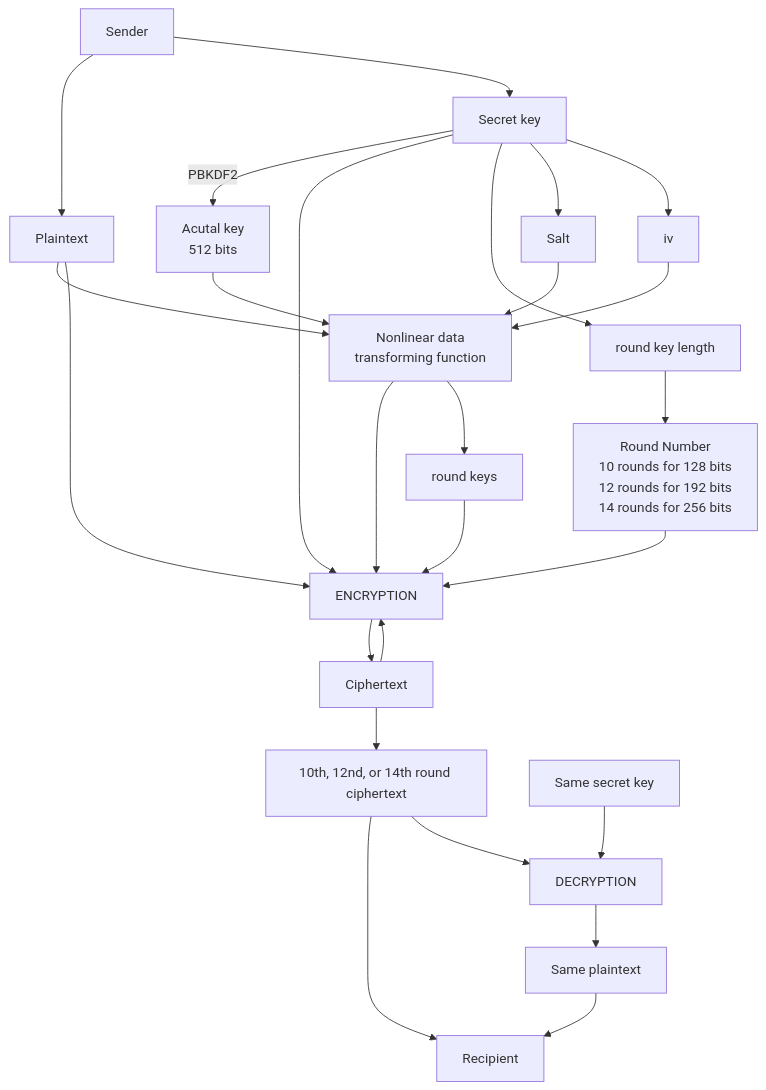
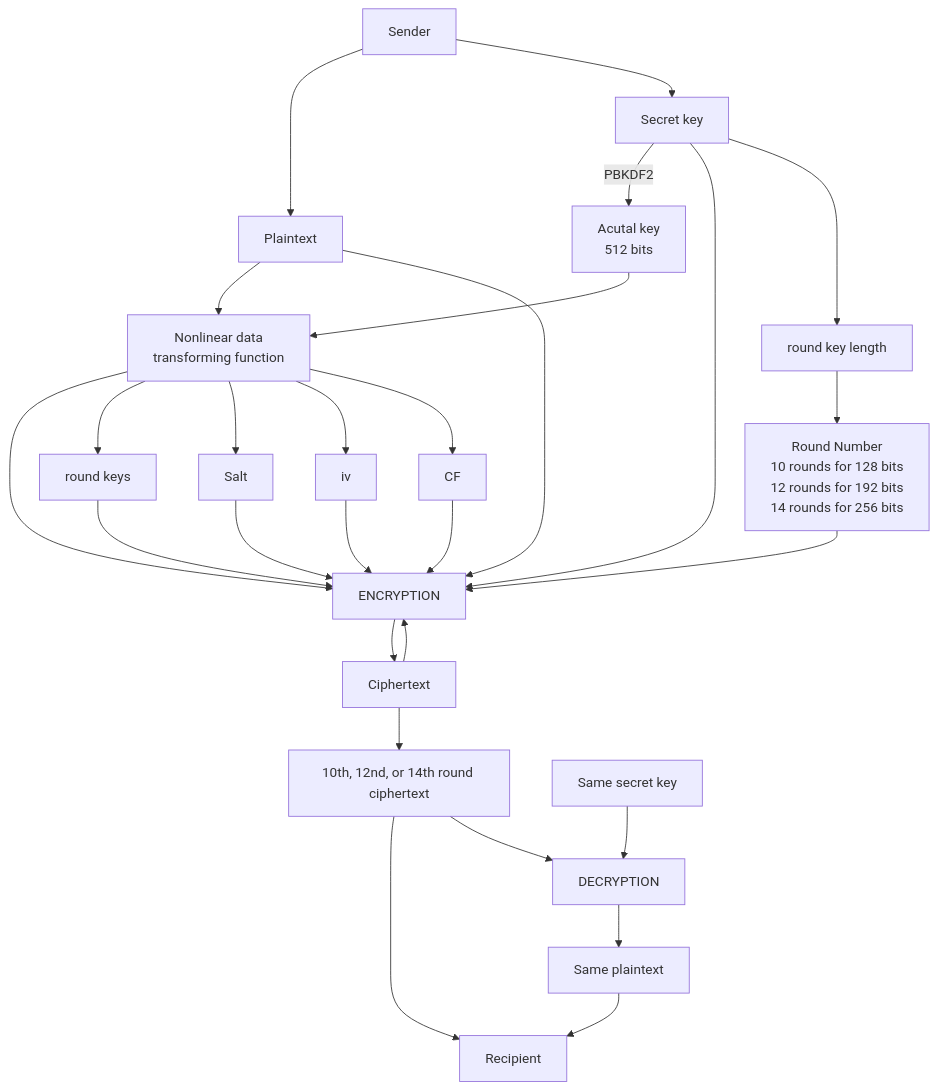
The diagram in README.md (Kietpawpan/encryption), drawn with Mermaid before and after one commit.

````diff
--- a/README.md
+++ b/README.md
@@ -5,17 +5,17 @@
 ```mermaid
 flowchart TD
     A[Sender] --> B[Plaintext]-->FC
     C[Secret key]--PBKDF2-->AK[Acutal key\n512 bits]-->FC-->D[ENCRYPTION]-->E[Ciphertext]-->D
     E-->FN[10th, 12nd, or 14th round ciphertext]-->F[Recipient]
     C2[Same secret key]-->G[DECRYPTION]-->I[Same plaintext]-->F
      FN-->G
 A-->C-->D
 RK[round keys]-->D
 C-->RKL[round key length]-->RN[Round Number\n10 rounds for 128 bits\n12 rounds for 192 bits\n14 rounds for 256 bits]-->D
 FC[Nonlinear data \ntransforming function]
 FC-->RK
 B-->D
-C-->SL[Salt]-->FC
-C-->iv[iv]-->FC
-
+FC-->SL[Salt]-->D
+FC-->iv[iv]-->D
+FC-->Cipher[CF]-->D
 ```
````
